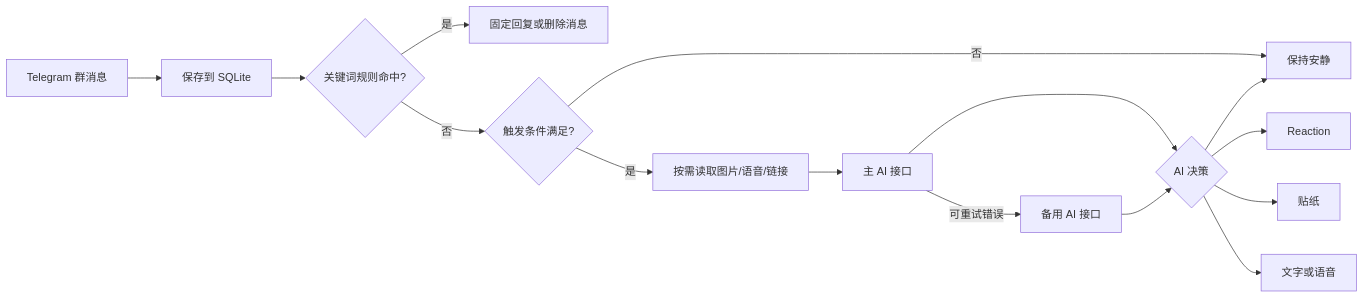
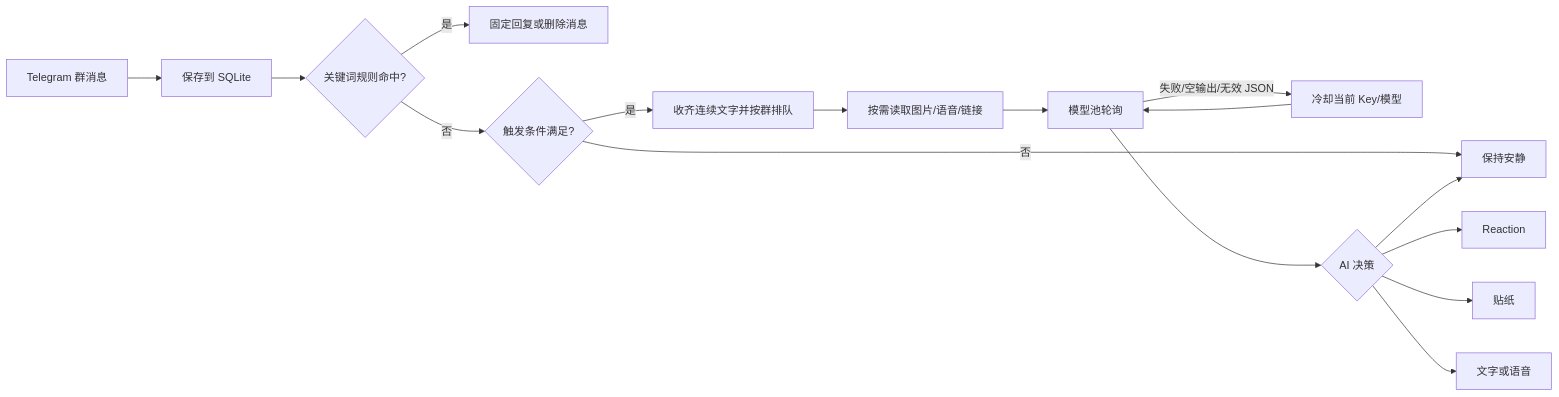
The diagram in README.md (sanrokamlan-prog/tg-aibot), drawn with Mermaid before and after one commit. The commit also changed other lines of this file and 50 other files, not shown here.

````diff
--- a/README.md
+++ b/README.md
@@ -68,17 +76,18 @@
 ```mermaid
 flowchart LR
     A[Telegram 群消息] --> B[保存到 SQLite]
     B --> C{关键词规则命中?}
     C -->|是| D[固定回复或删除消息]
     C -->|否| E{触发条件满足?}
     E -->|否| F[保持安静]
-    E -->|是| G[按需读取图片/语音/链接]
-    G --> H[主 AI 接口]
-    H -->|可重试错误| I[备用 AI 接口]
+    E -->|是| Q[收齐连续文字并按群排队]
+    Q --> G[按需读取图片/语音/链接]
+    G --> H[模型池轮询]
+    H -->|失败/空输出/无效 JSON| I[冷却当前 Key/模型]
+    I --> H
     H --> J{AI 决策}
-    I --> J
     J --> K[Reaction]
     J --> L[贴纸]
     J --> M[文字或语音]
     J --> F
 ```
````
